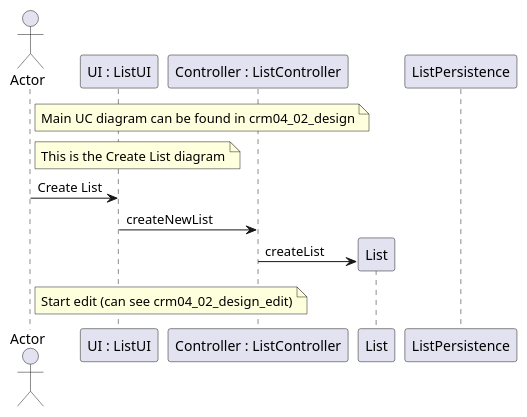
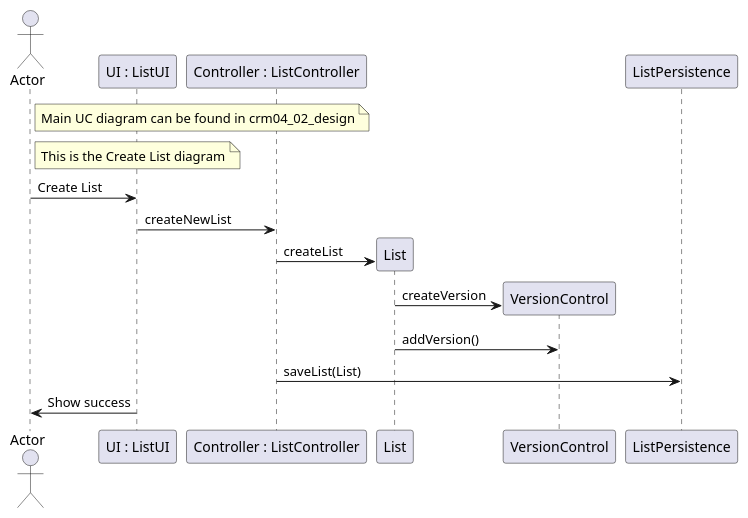
The diagram in src/main/java/csheets/worklog/n1141071/sprint3/crm04_02_design_create.puml (RubenTeixeira/cleansheets_isep_2dg_2016), drawn with PlantUML before and after one commit. The commit also changed 3 other files, not shown here.

Commit message:
LPFOURDG-221 #comment Update diagrams.

```diff
--- a/src/main/java/csheets/worklog/n1141071/sprint3/crm04_02_design_create.puml
+++ b/src/main/java/csheets/worklog/n1141071/sprint3/crm04_02_design_create.puml
@@ -1,22 +1,25 @@
 @startuml doc-files/crm04_02_design_create.png
 actor Actor
 
   participant "UI : ListUI" as UI 
   participant "Controller : ListController" as controller
   participant "List" as list
+  participant "VersionControl" as version
   participant "ListPersistence" as persistence
 
   note right of Actor
     Main UC diagram can be found in crm04_02_design
   end note 
   note right of Actor
     This is the Create List diagram
   end note
   Actor -> UI : Create List
   UI -> controller : createNewList
   create list
   controller -> list : createList
-  note right of Actor
-    Start edit (can see crm04_02_design_edit)
-  end note
+  create version
+  list -> version : createVersion
+  list -> version : addVersion()
+  controller -> persistence : saveList(List)
+  UI -> Actor : Show success
 @enduml
```
